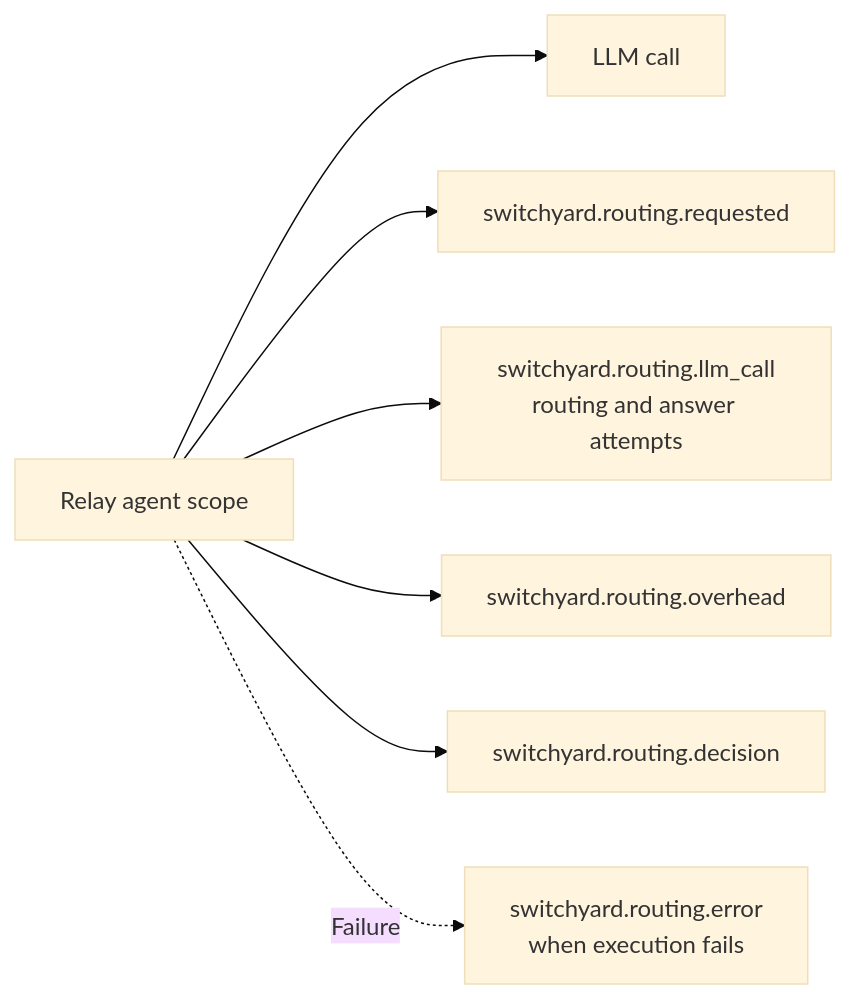
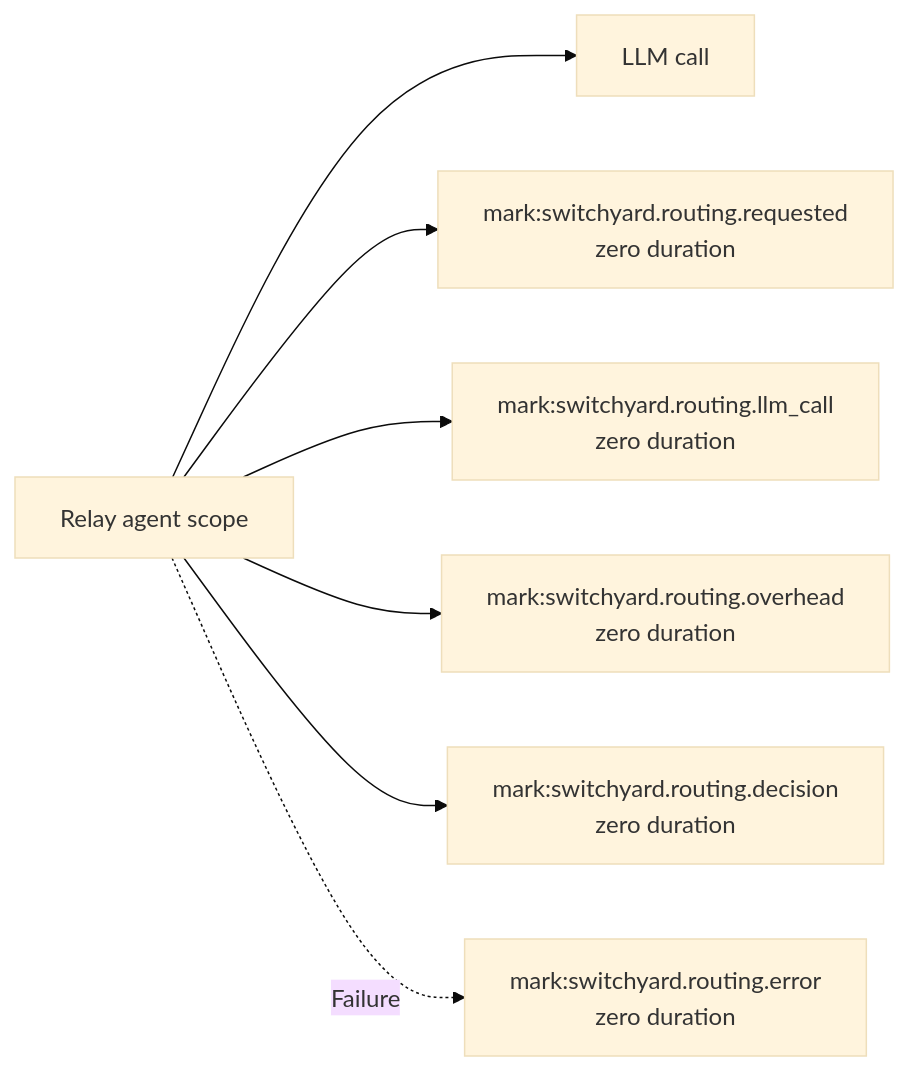
The second of 2 diagrams in docs/integrations/nemo_relay.md (NVIDIA-NeMo/Switchyard), drawn with Mermaid (base theme) before and after one commit. The commit also changed other lines of this file, not shown here.

````diff
--- a/docs/integrations/nemo_relay.md
+++ b/docs/integrations/nemo_relay.md
@@ -294,16 +275,16 @@
 ```mermaid
 flowchart LR
     agent["Relay agent scope"]
     llm["LLM call"]
-    requested["switchyard.routing.requested"]
-    calls["switchyard.routing.llm_call<br/>routing and answer attempts"]
-    overhead["switchyard.routing.overhead"]
-    decision["switchyard.routing.decision"]
-    error["switchyard.routing.error<br/>when execution fails"]
+    requested["mark:switchyard.routing.requested<br/>zero duration"]
+    calls["mark:switchyard.routing.llm_call<br/>zero duration"]
+    overhead["mark:switchyard.routing.overhead<br/>zero duration"]
+    decision["mark:switchyard.routing.decision<br/>zero duration"]
+    error["mark:switchyard.routing.error<br/>zero duration"]
     agent --> llm
     agent --> requested
     agent --> calls
     agent --> overhead
     agent --> decision
     agent -.->|"Failure"| error
 ```
````
